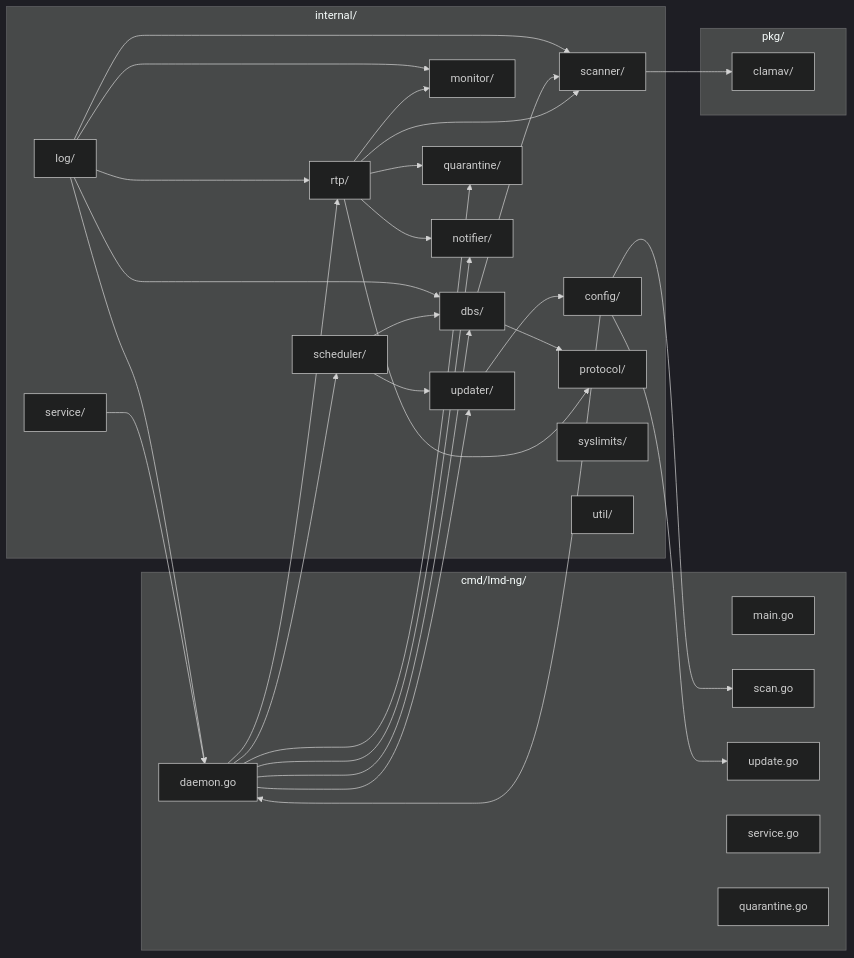
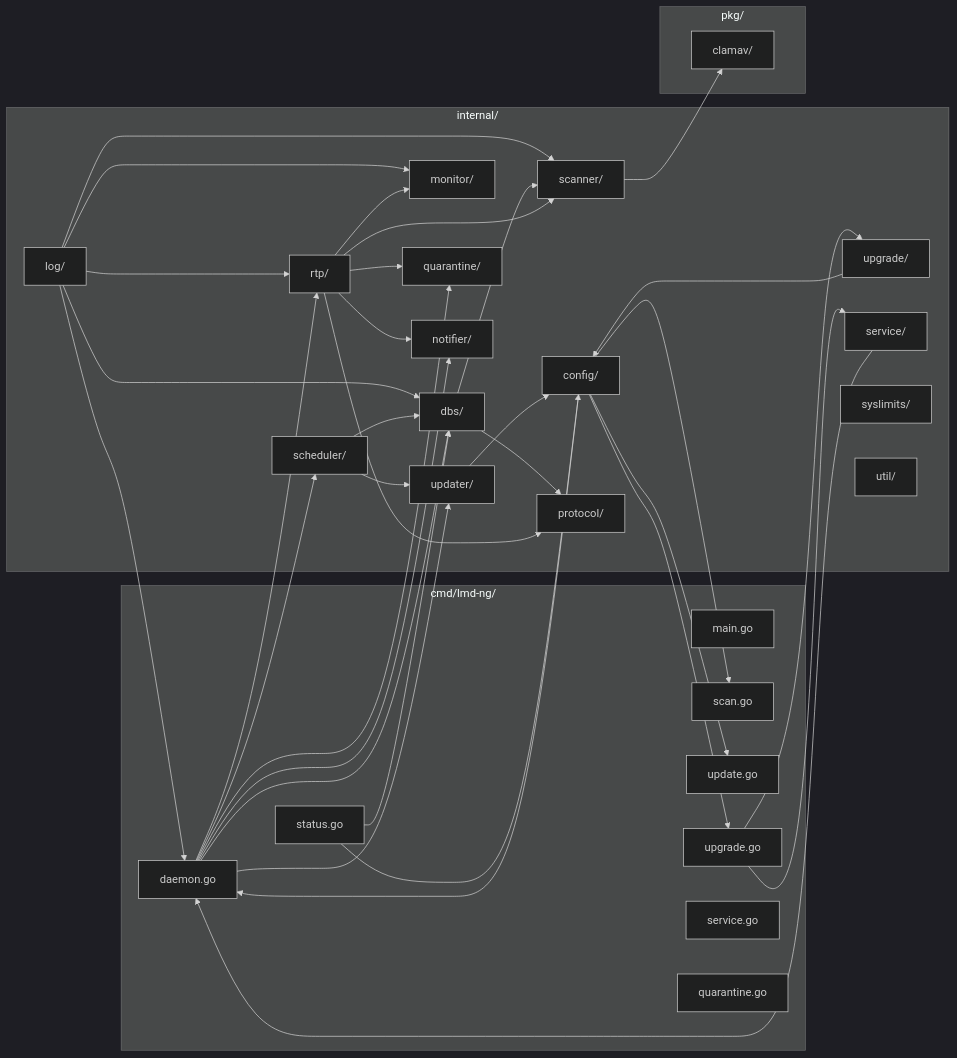
The first of 3 diagrams in docs/ARCHITECTURE.md (dimaskiddo/lmd-ng), drawn with Mermaid (dark theme) before and after one commit. The commit also changed other lines of this file and 7 other files, not shown here.

````diff
--- a/docs/ARCHITECTURE.md
+++ b/docs/ARCHITECTURE.md
@@ -9,62 +9,71 @@
 ```mermaid
 graph LR
     subgraph cmd["cmd/lmd-ng/"]
         Main["main.go"]
         Daemon["daemon.go"]
         Scan["scan.go"]
         Update["update.go"]
+        Upgrade["upgrade.go"]
+        Status["status.go"]
         Service["service.go"]
         Quarantine["quarantine.go"]
     end
 
     subgraph internal["internal/"]
         Config["config/"]
         Log["log/"]
         DBS["dbs/"]
         RTP["rtp/"]
         Scanner["scanner/"]
         Monitor["monitor/"]
         Scheduler["scheduler/"]
         Updater["updater/"]
+        UpgradeSvc["upgrade/"]
         QuarantineMgr["quarantine/"]
         Protocol["protocol/"]
         Notifier["notifier/"]
         ServiceMgr["service/"]
         Syslimits["syslimits/"]
         Util["util/"]
     end
 
     subgraph pkg["pkg/"]
         ClamAV["clamav/"]
     end
 
     Config --> Daemon
     Config --> Scan
     Config --> Update
     Log --> Daemon
     Log --> DBS
     Log --> RTP
     Log --> Scanner
     Log --> Monitor
 
     Daemon --> DBS
     Daemon --> RTP
     Daemon --> Updater
     Daemon --> Scheduler
     Daemon --> Notifier
     Daemon --> QuarantineMgr
 
     DBS --> Protocol
     DBS --> Scanner
     RTP --> Protocol
     RTP --> Monitor
     RTP --> QuarantineMgr
     RTP --> Scanner
     RTP --> Notifier
 
     Scanner --> ClamAV
     Updater --> Config
     Scheduler --> Updater
     Scheduler --> DBS
     ServiceMgr --> Daemon
+    Upgrade --> UpgradeSvc
+    Upgrade --> ServiceMgr
+    Config --> Upgrade
+    UpgradeSvc --> Config
+    Status --> DBS
+    Status --> Config
 ```
````
